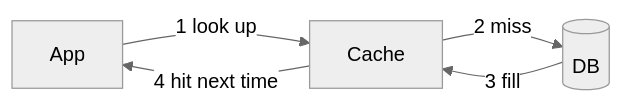
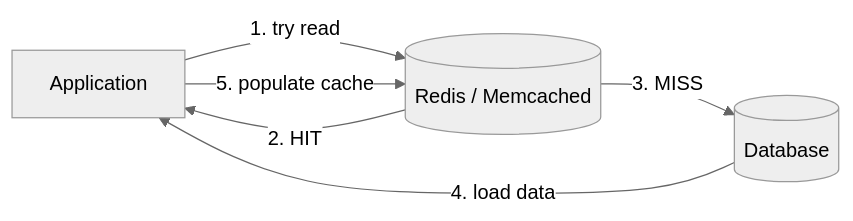
The first of 6 diagrams in fundamentals/08-caching.md (saroj990/system-design), drawn with Mermaid (neutral theme) before and after one commit. The commit also changed other lines of this file and 14 other files, not shown here.

````diff
--- a/fundamentals/08-caching.md
+++ b/fundamentals/08-caching.md
@@ -15,7 +29,8 @@
 ```mermaid
 flowchart LR
-  App -->|1 look up| Cache
-  Cache -->|2 miss| DB[(DB)]
-  DB -->|3 fill| Cache
-  Cache -->|4 hit next time| App
+  App[Application] -->|1. try read| Cache[(Redis / Memcached)]
+  Cache -->|2. HIT| App
+  Cache -->|3. MISS| DB[(Database)]
+  DB -->|4. load data| App
+  App -->|5. populate cache| Cache
 ```
````
